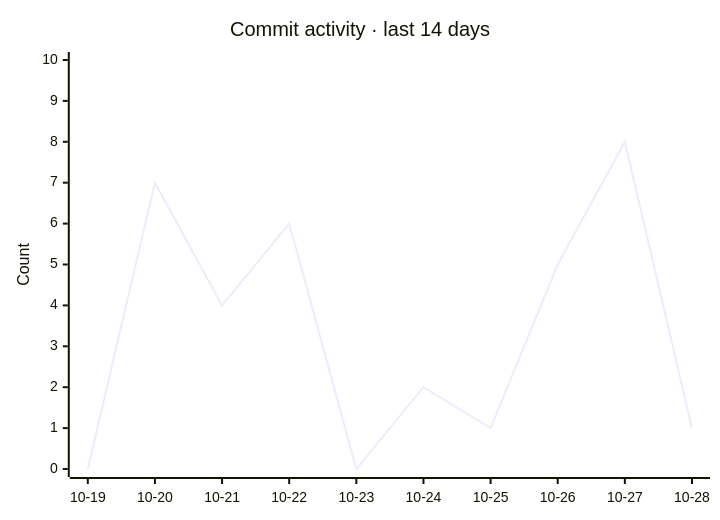
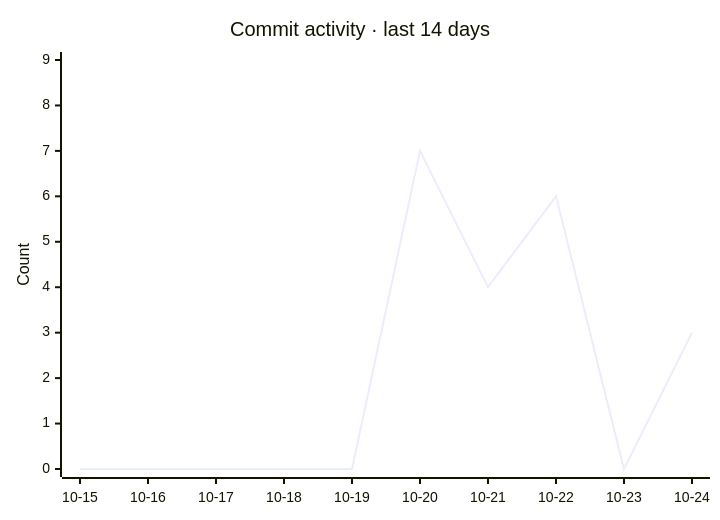
Before and after one commit to razzaqinspires/whiskay-bot: the second of 2 diagrams in README.md, drawn with Mermaid. The commit also changed other lines of this file and 4 other files, not shown here.

````diff
--- a/README.md
+++ b/README.md
@@ -294,7 +294,7 @@
 ```mermaid
 xychart-beta
     title "Commit activity · last 14 days"
-    x-axis ["10-19", "10-20", "10-21", "10-22", "10-23", "10-24", "10-25", "10-26", "10-27", "10-28"]
-    y-axis "Count" 0 --> 10
-    line [0, 7, 4, 6, 0, 2, 1, 5, 8, 1]
+    x-axis ["10-15", "10-16", "10-17", "10-18", "10-19", "10-20", "10-21", "10-22", "10-23", "10-24"]
+    y-axis "Count" 0 --> 9
+    line [0, 0, 0, 0, 0, 7, 4, 6, 0, 3]
 ```
````
